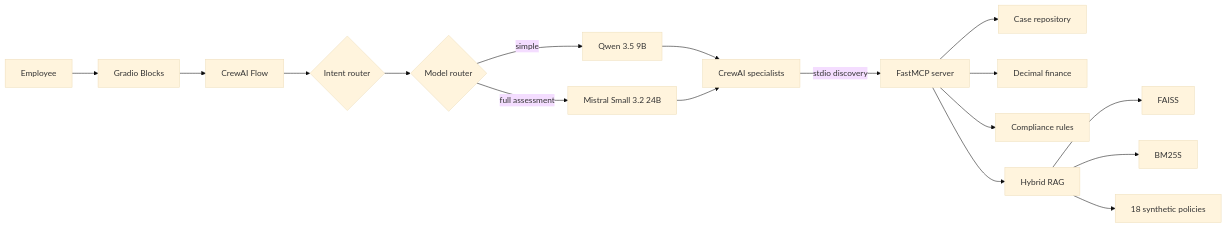
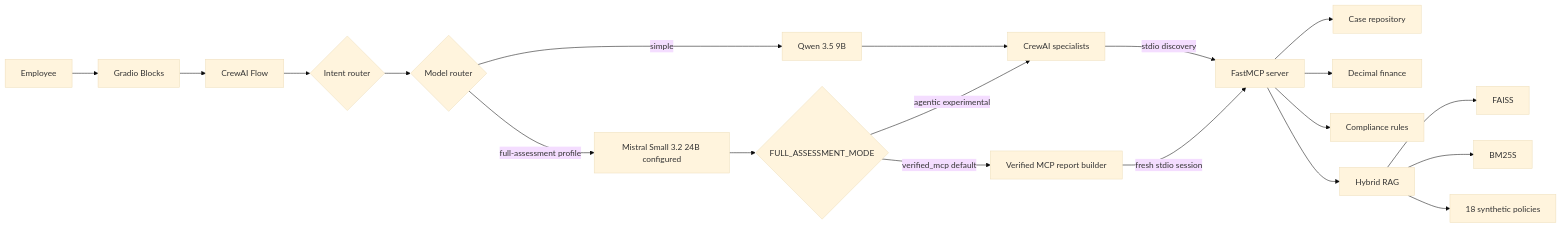
One commit to Maik-Huebner/secure-enterprise-ai-assistant changed the diagram in README.md. Above: the diagram before and after it, drawn with Mermaid (base theme). The commit also changed other lines of this file and 23 other files, not shown here.

Commit message:
Polish German demo and verified MCP safe mode

````diff
--- a/README.md
+++ b/README.md
@@ -43,19 +43,22 @@
 ```mermaid
 flowchart LR
     U[Employee] --> UI[Gradio Blocks]
     UI --> F[CrewAI Flow]
     F --> R{Intent router}
     R --> MR{Model router}
     MR -->|simple| Q[Qwen 3.5 9B]
-    MR -->|full assessment| MS[Mistral Small 3.2 24B]
+    MR -->|full-assessment profile| CFG[Mistral Small 3.2 24B configured]
     Q --> A[CrewAI specialists]
-    MS --> A
+    CFG --> MODE{FULL_ASSESSMENT_MODE}
+    MODE -->|verified_mcp default| D[Verified MCP report builder]
+    MODE -->|agentic experimental| A
     A -->|stdio discovery| M[FastMCP server]
+    D -->|fresh stdio session| M
     M --> C[Case repository]
     M --> N[Decimal finance]
     M --> P[Compliance rules]
     M --> H[Hybrid RAG]
     H --> V[FAISS]
     H --> B[BM25S]
     H --> K[18 synthetic policies]
 ```
````
